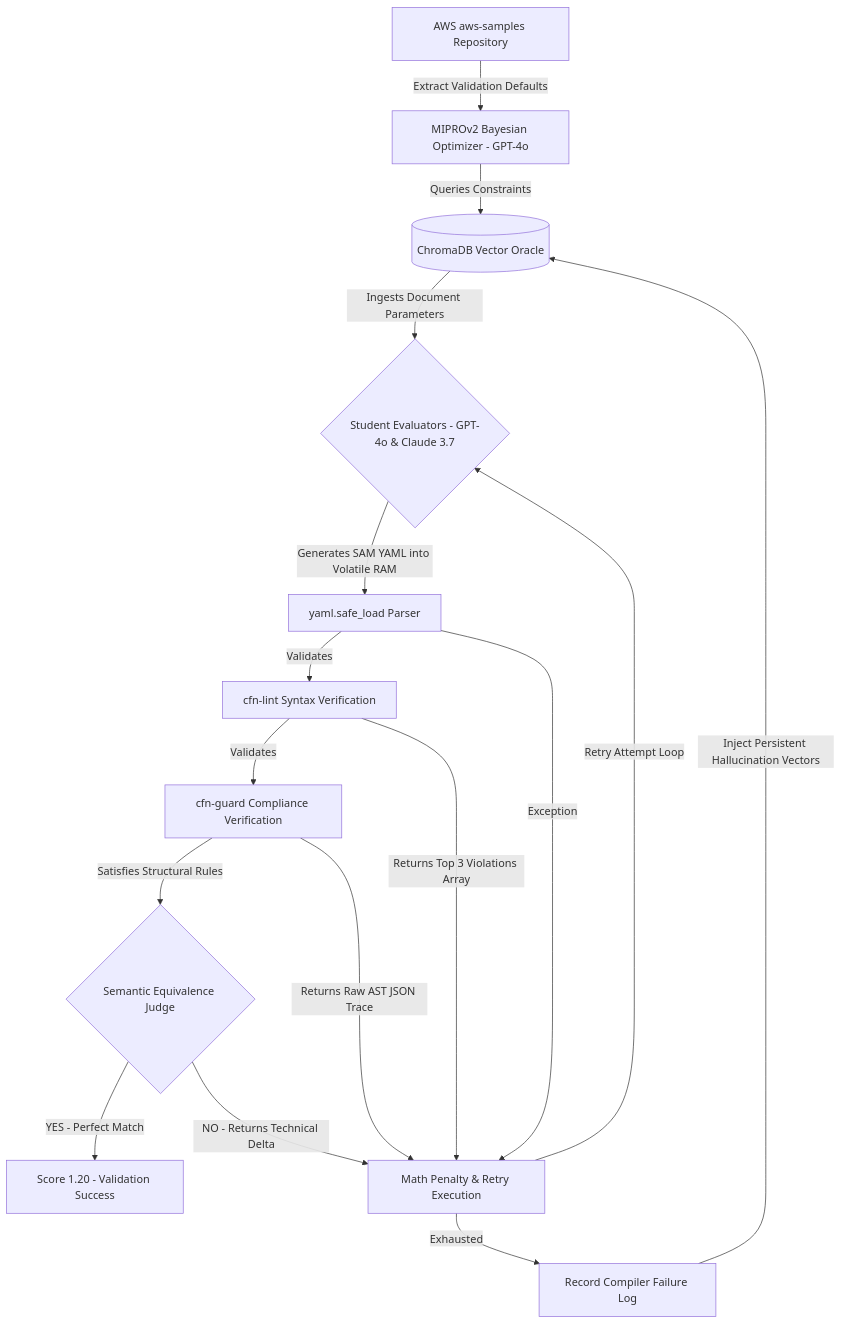
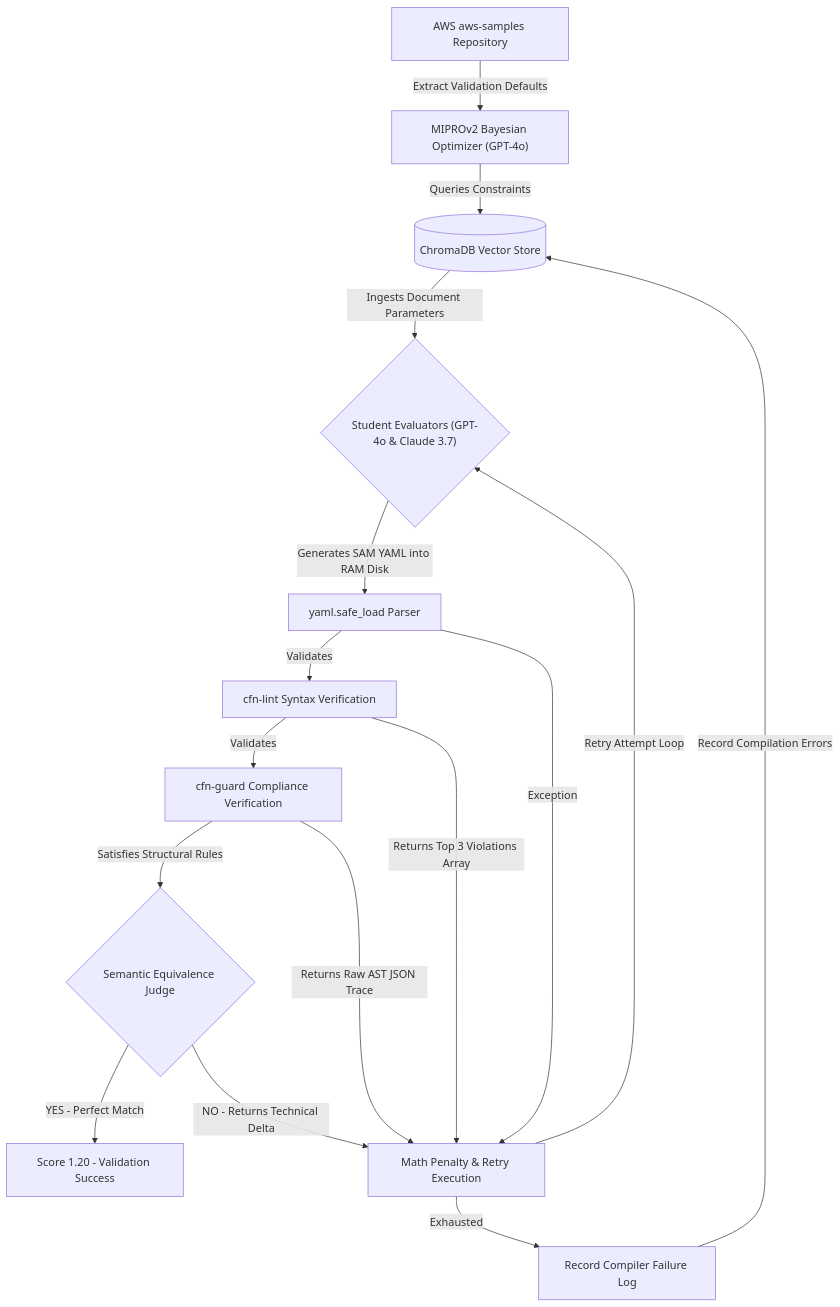
The diagram in README.md (vjb/iac-self-healer), drawn with Mermaid before and after one commit. The commit also changed other lines of this file and 2 other files, not shown here.

Commit message:
docs: Apply institutional tier-1 engineering protocol across README, ARCHITECTURE, and LESSONS_LEARNED

````diff
--- a/README.md
+++ b/README.md
@@ -7,23 +7,23 @@
 ```mermaid
 graph TD
     Z["AWS aws-samples Repository"] -->|Extract Validation Defaults| A
-    A["MIPROv2 Bayesian Optimizer - GPT-4o"] -->|Queries Constraints| B[(ChromaDB Vector Oracle)]
-    B -->|Ingests Document Parameters| C{"Student Evaluators - GPT-4o & Claude 3.7"}
+    A["MIPROv2 Bayesian Optimizer (GPT-4o)"] -->|Queries Constraints| B[(ChromaDB Vector Store)]
+    B -->|Ingests Document Parameters| C{"Student Evaluators (GPT-4o & Claude 3.7)"}
     
-    C -->|Generates SAM YAML into Volatile RAM| D["yaml.safe_load Parser"]
+    C -->|Generates SAM YAML into RAM Disk| D["yaml.safe_load Parser"]
     D -->|Validates| E["cfn-lint Syntax Verification"]
     E -->|Validates| F["cfn-guard Compliance Verification"]
     
     F -->|Satisfies Structural Rules| G{"Semantic Equivalence Judge"}
     G -->|YES - Perfect Match| H["Score 1.20 - Validation Success"]
     
     %% Information Feedback Loops
     D -->|Exception| J["Math Penalty & Retry Execution"]
     E -->|Returns Top 3 Violations Array| J
     F -->|Returns Raw AST JSON Trace| J
     G -->|NO - Returns Technical Delta| J
     
     J -->|Retry Attempt Loop| C
     J -->|Exhausted| K["Record Compiler Failure Log"]
-    K -->|Inject Persistent Hallucination Vectors| B
+    K -->|Record Compilation Errors| B
 ```
````
